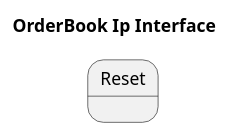
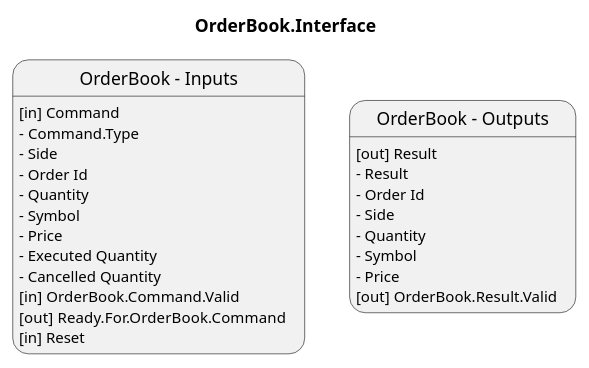
Before and after one commit to fpganow/OrderBook: the diagram in diagrams/orderbook/OrderBook.Interface.plantuml, drawn with PlantUML. The commit also changed 2 other files, not shown here.

Commit message:
Adding diagrams

```diff
--- a/diagrams/orderbook/OrderBook.Interface.plantuml
+++ b/diagrams/orderbook/OrderBook.Interface.plantuml
@@ -1,64 +1,27 @@
-@startuml OrderBook Ip Interface
+@startuml OrderBook.Interface
 
-title OrderBook Ip Interface
+title OrderBook.Interface
 
-state "Reset" as Reset
-'[*] --> Rsuh
+state "OrderBook - Inputs" as OrderBook: [in] Command
+state "OrderBook - Inputs" as OrderBook: - Command.Type
+state "OrderBook - Inputs" as OrderBook: - Side
+state "OrderBook - Inputs" as OrderBook: - Order Id
+state "OrderBook - Inputs" as OrderBook: - Quantity
+state "OrderBook - Inputs" as OrderBook: - Symbol
+state "OrderBook - Inputs" as OrderBook: - Price
+state "OrderBook - Inputs" as OrderBook: - Executed Quantity
+state "OrderBook - Inputs" as OrderBook: - Cancelled Quantity
+state "OrderBook - Inputs" as OrderBook: [in] OrderBook.Command.Valid
+state "OrderBook - Inputs" as OrderBook: [out] Ready.For.OrderBook.Command
+state "OrderBook - Inputs" as OrderBook: [in] Reset
 
-'state "Read Sequenced Unit Header" as Rsuh: Read 8 bytes
-'state "Read Sequenced Unit Header" as Rsuh: Save Hdr Length
-'state "Read Sequenced Unit Header" as Rsuh: Hdr Length = (msg_buffer[0] << 8 | msg_buffer[1])
-'Rsuh --> Rmsg : Read 2 bytes
+state "OrderBook - Outputs" as OrderBook2: [out] Result
+state "OrderBook - Outputs" as OrderBook2: - Result
+state "OrderBook - Outputs" as OrderBook2: - Order Id
+state "OrderBook - Outputs" as OrderBook2: - Side
+state "OrderBook - Outputs" as OrderBook2: - Quantity
+state "OrderBook - Outputs" as OrderBook2: - Symbol
+state "OrderBook - Outputs" as OrderBook2: - Price
+state "OrderBook - Outputs" as OrderBook2: [out] OrderBook.Result.Valid
 
-/'
-state "Read Message Type and Length" as Rmsg: Message Length = msg_buffer[0]
-state "Read Message Type and Length" as Rmsg: Message Type = msg_buffer[1]
-Rmsg --> Read_Time
-Read_Time --> Save_Time
-Save_Time -> Rmsg
-Rmsg --> Read_Add_Order
-Read_Add_Order --> SOO
-Rmsg --> Read_Order_Executed
-Read_Order_Executed --> SOO
-Rmsg --> Read_Reduce_Size
-Read_Reduce_Size --> SOO
-Rmsg --> Read_Modify_Order
-Read_Modify_Order --> SOO
-Rmsg --> Read_Delete_Order
-Read_Delete_Order --> SOO
-
-SOO -> Rmsg
-
-state "Read Time" as Read_Time: seconds since midnight (4 bytes)
-state "Read Time" as Read_Time: Time = (msg_buffer[0] << 24) | (msg_buffer[1] << 16) |
-state "Read Time" as Read_Time:     (msg_buffer[2] << 8) | (msg_buffer[3])
-
-state "Read Add Order" as Read_Add_Order: 3 sub-types
-state "Read Add Order" as Read_Add_Order: Add Order (long)
-state "Read Add Order" as Read_Add_Order: Add Order (short)
-state "Read Add Order" as Read_Add_Order: Add Order (expanded)
-
-state "Read Order Executed" as Read_Order_Executed: 2 sub-types
-state "Read Order Executed" as Read_Order_Executed: Order Executed 
-state "Read Order Executed" as Read_Order_Executed: Order Executed at Price/Size
-
-state "Read Reduce Size" as Read_Reduce_Size: 2 sub-types
-state "Read Reduce Size" as Read_Reduce_Size: Reduce Size (short)
-state "Read Reduce Size" as Read_Reduce_Size: Reduce Size (long)
-
-state "Read Modify Order" as Read_Modify_Order: 2 sub-types
-state "Read Modify Order" as Read_Modify_Order: Modify (short)
-state "Read Modify Order" as Read_Modify_Order: Modify (long)
-
-state "Save/Reset Time" as Save_Time: Reset clock
-state "Send to Order Book" as SOO: Send normalized format to Order Book
-
-SOO --> [*]
-'/
-
-'state ProcessingTask {
-'  [*] --> long1
-'  long1 --> ProcessData : Enough Data
-'}
-'ProcessingTask -> [*]
 @enduml
```
